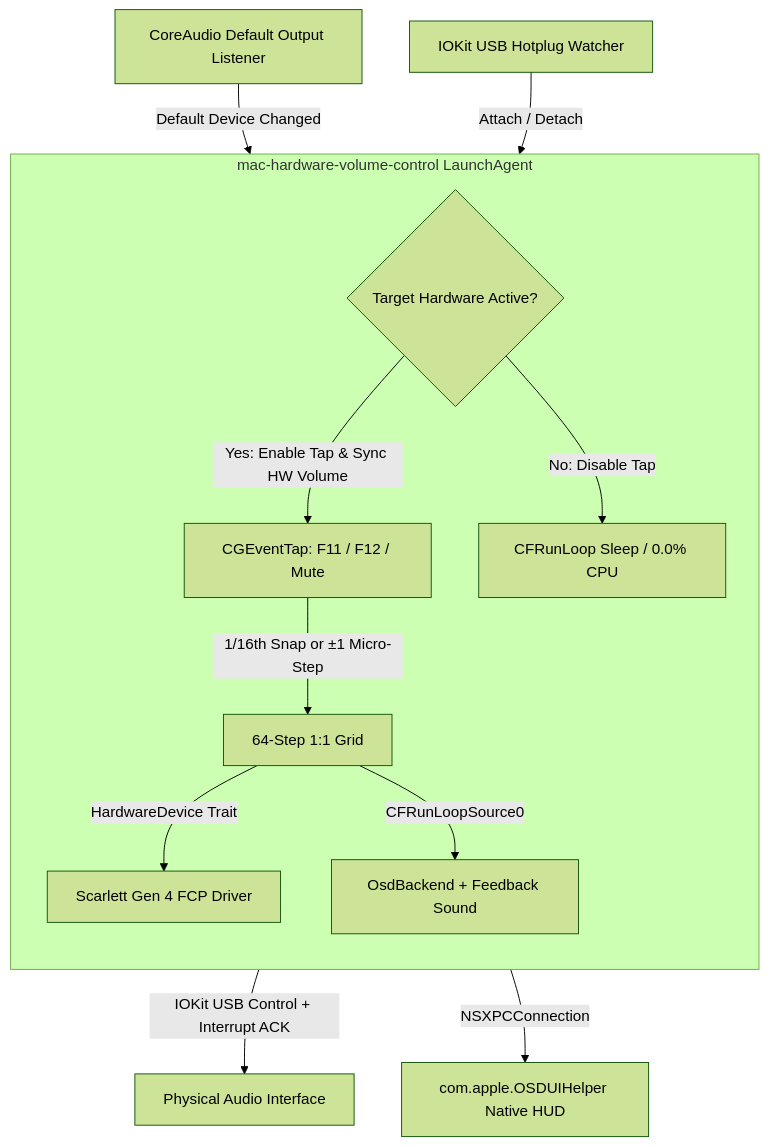
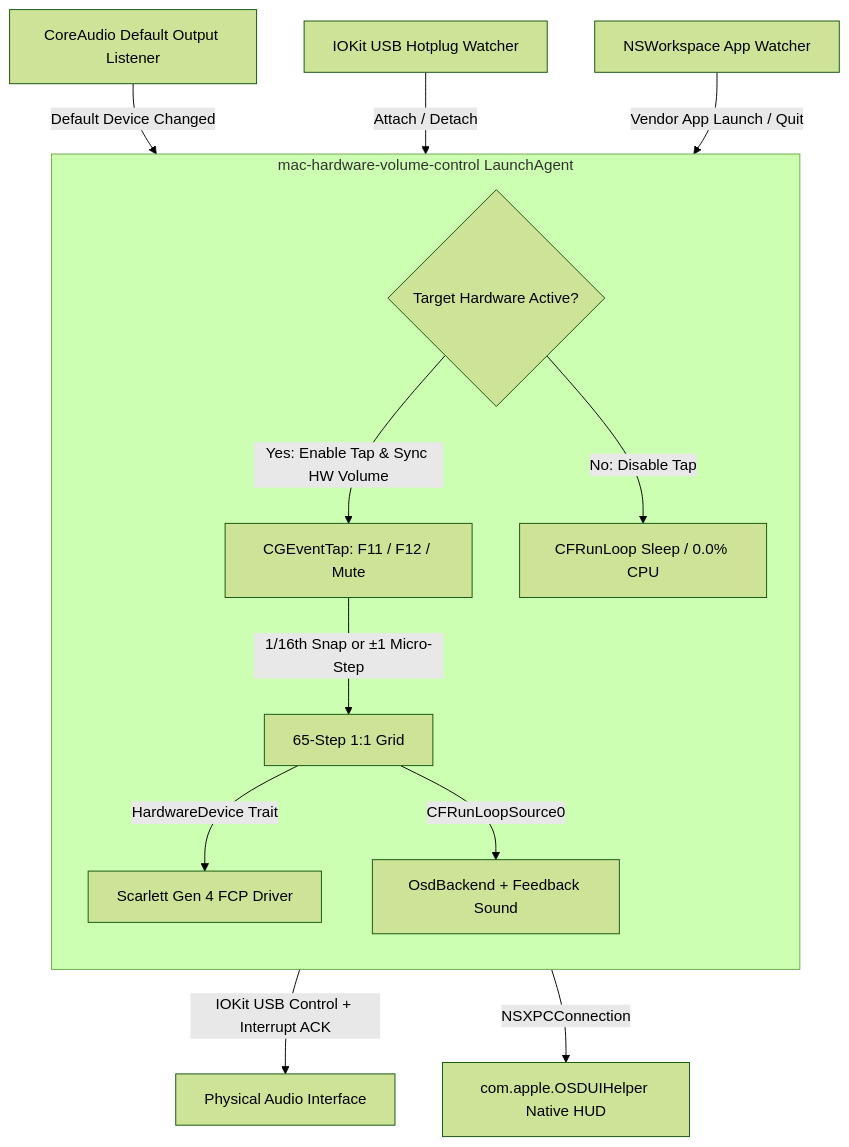
The diagram in README.md (eamq/mac-hardware-volume-control), drawn with Mermaid (forest theme) before and after one commit. The commit also changed other lines of this file and 23 other files, not shown here.

````diff
--- a/README.md
+++ b/README.md
@@ -106,17 +90,18 @@
 ```mermaid
 graph TD
   CA[CoreAudio Default Output Listener] -->|Default Device Changed| Gate
   IO[IOKit USB Hotplug Watcher] -->|Attach / Detach| Gate
+  APP[NSWorkspace App Watcher] -->|Vendor App Launch / Quit| Gate
 
   subgraph Daemon [mac-hardware-volume-control LaunchAgent]
     direction TB
     Gate{Target Hardware Active?} -->|Yes: Enable Tap & Sync HW Volume| Tap[CGEventTap: F11 / F12 / Mute]
     Gate -->|No: Disable Tap| Idle[CFRunLoop Sleep / 0.0% CPU]
-    Tap -->|1/16th Snap or ±1 Micro-Step| Grid[64-Step 1:1 Grid]
+    Tap -->|1/16th Snap or ±1 Micro-Step| Grid[65-Step 1:1 Grid]
     Grid -->|HardwareDevice Trait| HW[Scarlett Gen 4 FCP Driver]
     Grid -->|CFRunLoopSource0| UI[OsdBackend + Feedback Sound]
   end
 
   HW -->|IOKit USB Control + Interrupt ACK| Interface[Physical Audio Interface]
   UI -->|NSXPCConnection| OSD[com.apple.OSDUIHelper Native HUD]
 ```
````
